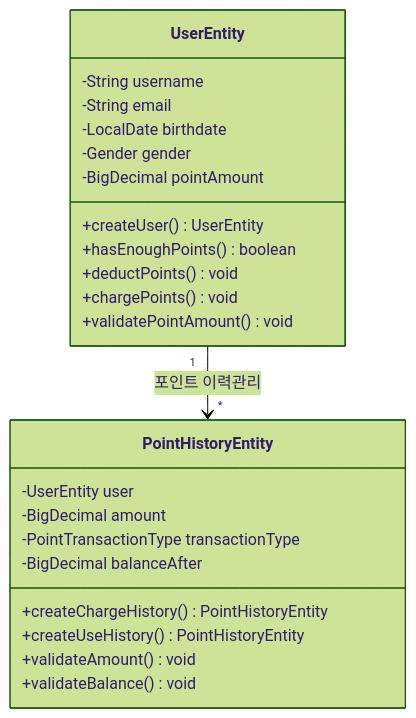
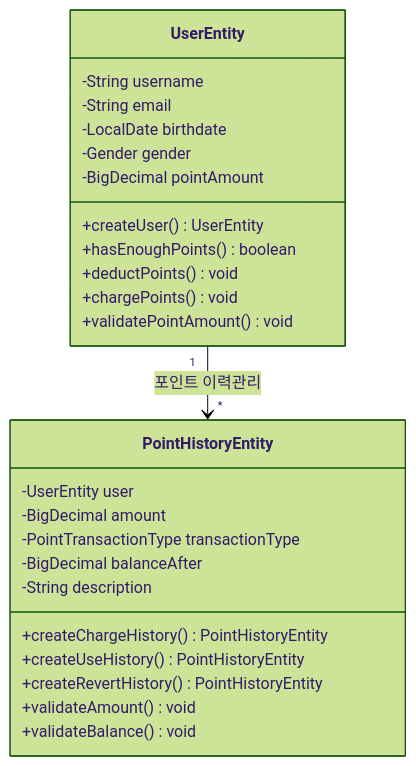
One commit to hyujikoh/loopers-spring-java-template changed the second of 5 diagrams in docs/week2/03-class-diagram.md. Above: the diagram before and after it, drawn with Mermaid (forest theme). The commit also changed other lines of this file and 1 other file, not shown here.

First line of the commit message:
docs(sequence-diagram): 주문 처리 원자성 보장 문서 추가

````diff
--- a/docs/week2/03-class-diagram.md
+++ b/docs/week2/03-class-diagram.md
@@ -133,30 +137,32 @@
 ```mermaid
 classDiagram
     class UserEntity {
         -String username
         -String email
         -LocalDate birthdate
         -Gender gender
         -BigDecimal pointAmount
         +createUser() UserEntity
         +hasEnoughPoints() boolean
         +deductPoints() void
         +chargePoints() void
         +validatePointAmount() void
     }
 
     class PointHistoryEntity {
         -UserEntity user
         -BigDecimal amount
         -PointTransactionType transactionType
         -BigDecimal balanceAfter
+        -String description
         +createChargeHistory() PointHistoryEntity
         +createUseHistory() PointHistoryEntity
+        +createRevertHistory() PointHistoryEntity
         +validateAmount() void
         +validateBalance() void
     }
 
 
 
     UserEntity "1" --> "*" PointHistoryEntity : 포인트 이력관리
 ```
````
